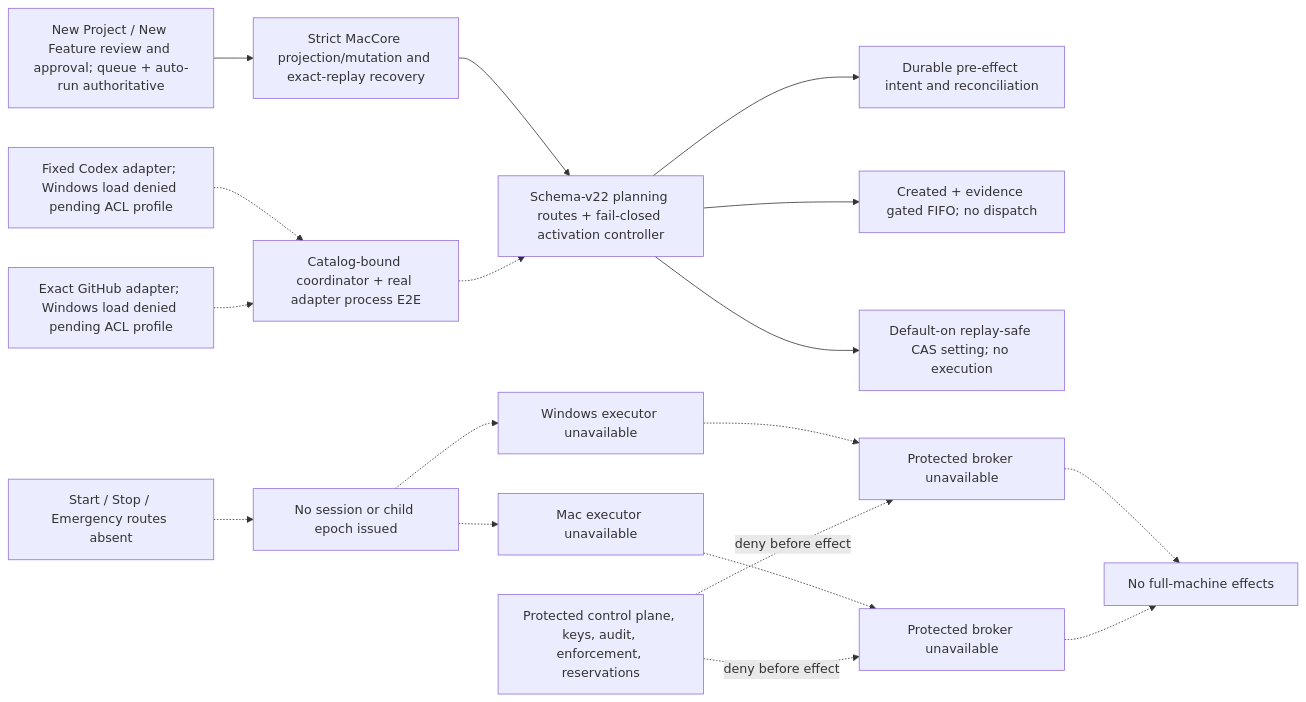
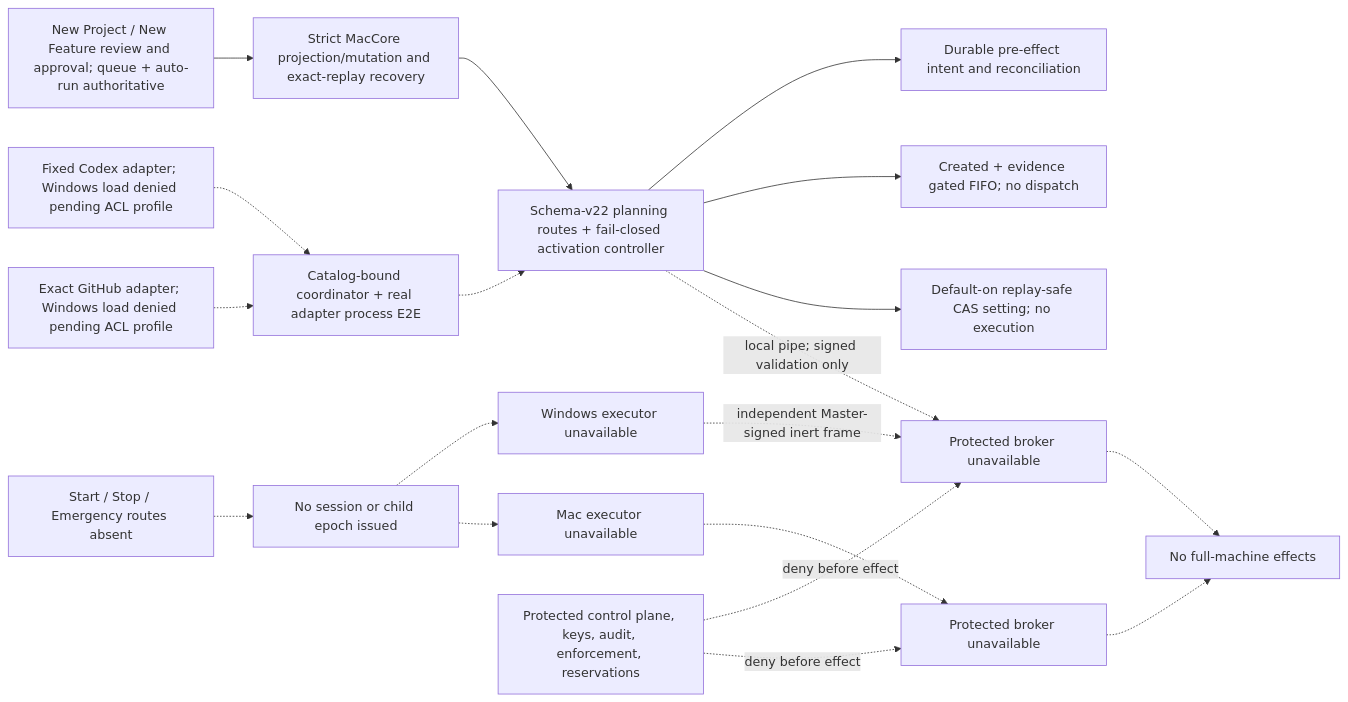
One commit to malak333/Assemblywright changed the first of 3 diagrams in docs/architecture-map.md. Above: the diagram before and after it, drawn with Mermaid. The commit also changed other lines of this file and 44 other files, not shown here.

````diff
--- a/docs/architecture-map.md
+++ b/docs/architecture-map.md
@@ -52,20 +62,21 @@
 ```mermaid
 flowchart LR
   UI["New Project / New Feature review and approval; queue + auto-run authoritative"] --> MacCore["Strict MacCore projection/mutation and exact-replay recovery"]
   MacCore --> Master["Schema-v22 planning routes + fail-closed activation controller"]
   Master --> Intent["Durable pre-effect intent and reconciliation"]
   Master --> FIFO["Created + evidence gated FIFO; no dispatch"]
   Master --> AutoRun["Default-on replay-safe CAS setting; no execution"]
   Seam["Catalog-bound coordinator + real adapter process E2E"] -.-> Master
   Brainstorm["Fixed Codex adapter; Windows load denied pending ACL profile"] -.-> Seam
   GitHub["Exact GitHub adapter; Windows load denied pending ACL profile"] -.-> Seam
   Line["Start / Stop / Emergency routes absent"] -.-> Epoch["No session or child epoch issued"]
   Epoch -.-> WinExecutor["Windows executor unavailable"]
   Epoch -.-> MacExecutor["Mac executor unavailable"]
-  WinExecutor -.-> WinBroker["Protected broker unavailable"]
+  WinExecutor -. "independent Master-signed inert frame" .-> WinBroker["Protected broker unavailable"]
+  Master -. "local pipe; signed validation only" .-> WinBroker
   MacExecutor -.-> MacBroker["Protected broker unavailable"]
   WinBroker -.-> Effects["No full-machine effects"]
   MacBroker -.-> Effects
   Protected["Protected control plane, keys, audit, enforcement, reservations"] -. "deny before effect" .-> WinBroker
   Protected -. "deny before effect" .-> MacBroker
 ```
````
